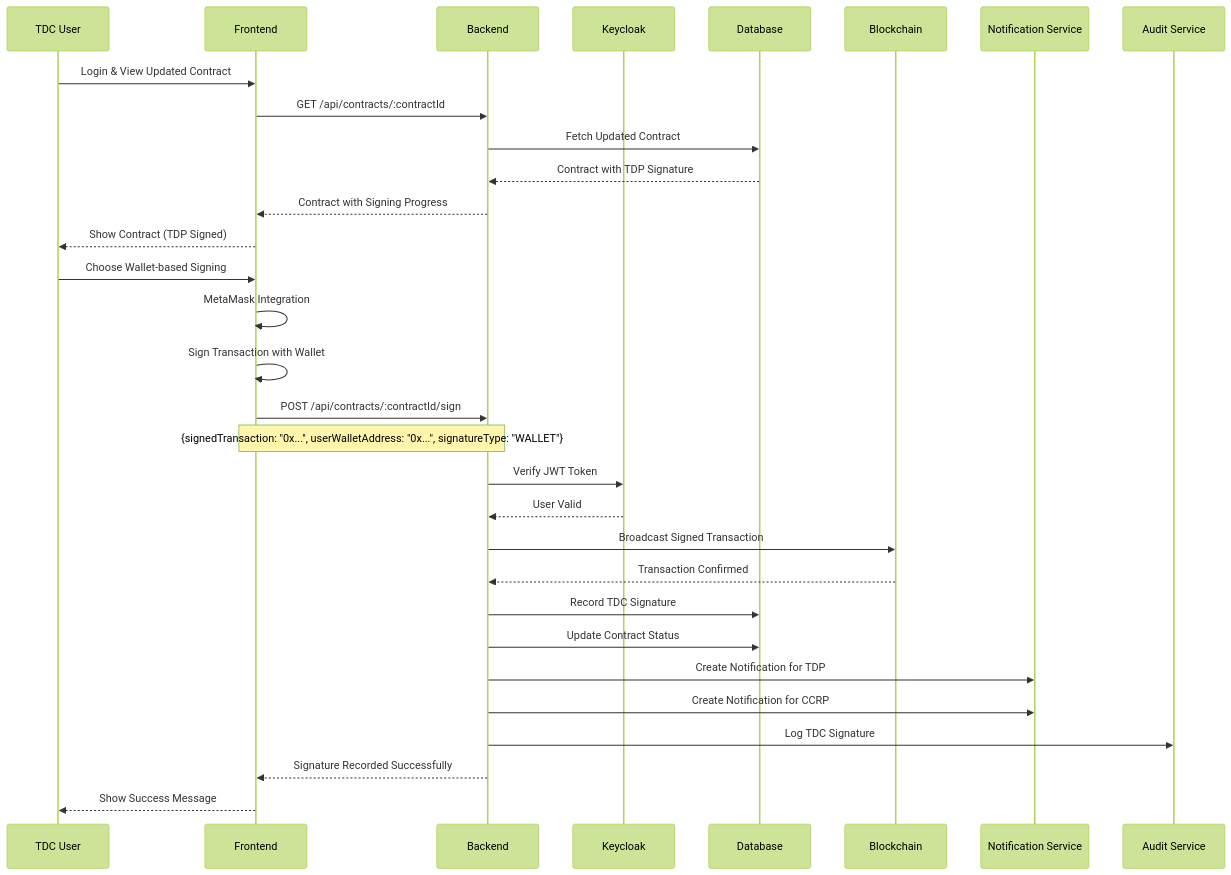
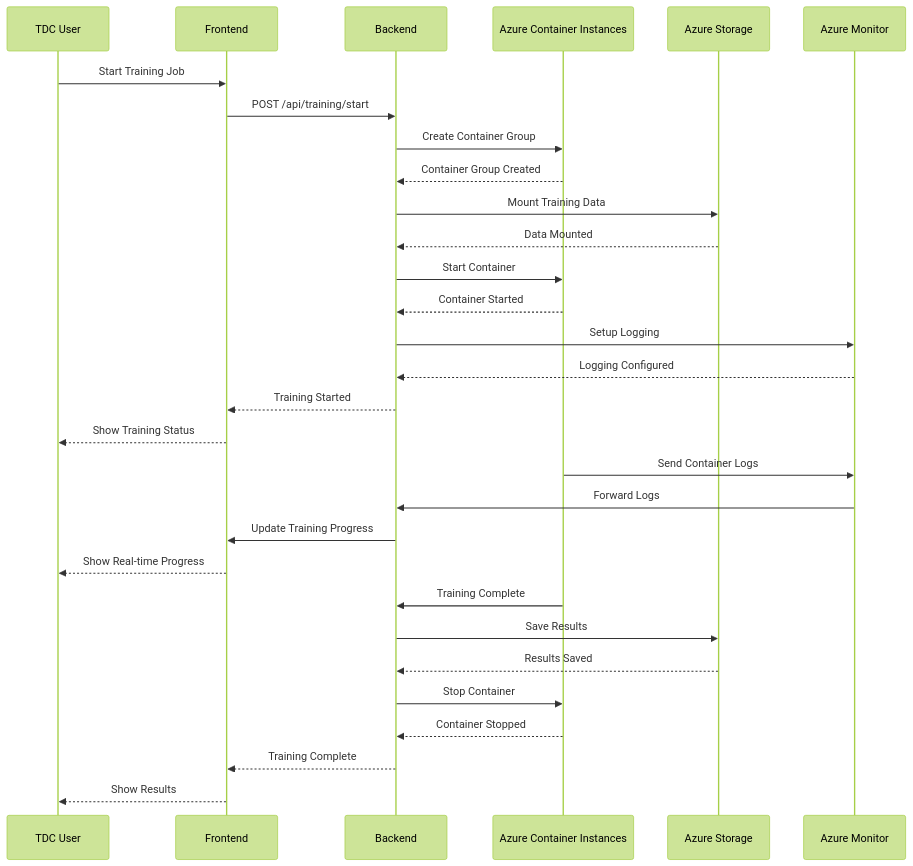
One commit to gitmujoshi/Confidential-AI-Network changed the sixth of 12 diagrams in UML_4PLUS1_ARCHITECTURE_DOCUMENTATION.md. Above: the diagram before and after it, drawn with Mermaid (forest theme). The commit also changed other lines of this file and 2 other files, not shown here.

First line of the commit message:
docs: Update architecture documentation with Azure integration features

````diff
--- a/UML_4PLUS1_ARCHITECTURE_DOCUMENTATION.md
+++ b/UML_4PLUS1_ARCHITECTURE_DOCUMENTATION.md
@@ -448,36 +484,35 @@
 ```mermaid
 sequenceDiagram
     participant TDC as TDC User
     participant FE as Frontend
     participant BE as Backend
-    participant KC as Keycloak
-    participant DB as Database
-    participant BC as Blockchain
-    participant NS as Notification Service
-    participant AUD as Audit Service
+    participant Azure as Azure Container Instances
+    participant Storage as Azure Storage
+    participant Monitor as Azure Monitor
 
-    TDC->>FE: Login & View Updated Contract
-    FE->>BE: GET /api/contracts/:contractId
-    BE->>DB: Fetch Updated Contract
-    DB-->>BE: Contract with TDP Signature
-    BE-->>FE: Contract with Signing Progress
-    FE-->>TDC: Show Contract (TDP Signed)
+    TDC->>FE: Start Training Job
+    FE->>BE: POST /api/training/start
+    BE->>Azure: Create Container Group
+    Azure-->>BE: Container Group Created
+    BE->>Storage: Mount Training Data
+    Storage-->>BE: Data Mounted
+    BE->>Azure: Start Container
+    Azure-->>BE: Container Started
+    BE->>Monitor: Setup Logging
+    Monitor-->>BE: Logging Configured
+    BE-->>FE: Training Started
+    FE-->>TDC: Show Training Status
     
-    TDC->>FE: Choose Wallet-based Signing
-    FE->>FE: MetaMask Integration
-    FE->>FE: Sign Transaction with Wallet
-    FE->>BE: POST /api/contracts/:contractId/sign
-    Note over FE,BE: {signedTransaction: "0x...", userWalletAddress: "0x...", signatureType: "WALLET"}
+    Azure->>Monitor: Send Container Logs
+    Monitor->>BE: Forward Logs
+    BE->>FE: Update Training Progress
+    FE-->>TDC: Show Real-time Progress
     
-    BE->>KC: Verify JWT Token
-    KC-->>BE: User Valid
-    BE->>BC: Broadcast Signed Transaction
-    BC-->>BE: Transaction Confirmed
-    BE->>DB: Record TDC Signature
-    BE->>DB: Update Contract Status
-    BE->>NS: Create Notification for TDP
-    BE->>NS: Create Notification for CCRP
-    BE->>AUD: Log TDC Signature
-    BE-->>FE: Signature Recorded Successfully
-    FE-->>TDC: Show Success Message
+    Azure->>BE: Training Complete
+    BE->>Storage: Save Results
+    Storage-->>BE: Results Saved
+    BE->>Azure: Stop Container
+    Azure-->>BE: Container Stopped
+    BE-->>FE: Training Complete
+    FE-->>TDC: Show Results
 ```
````
